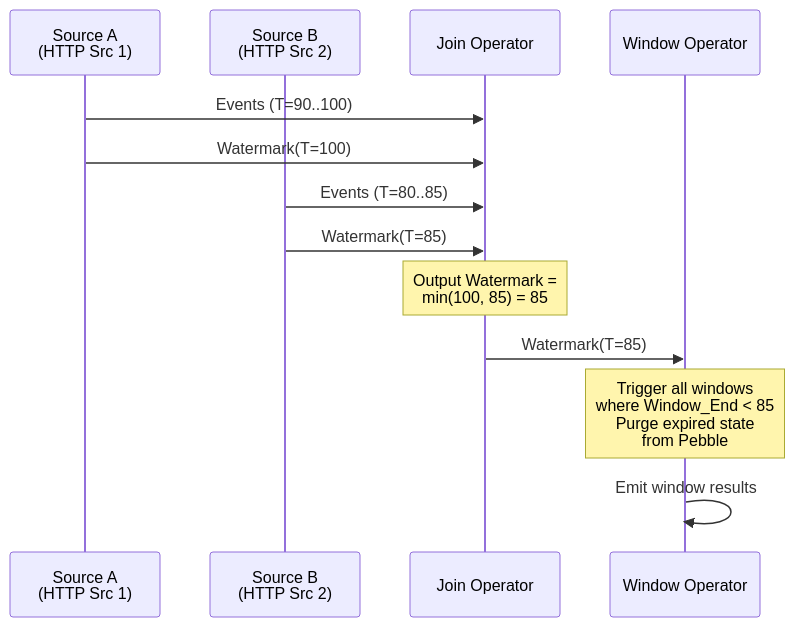
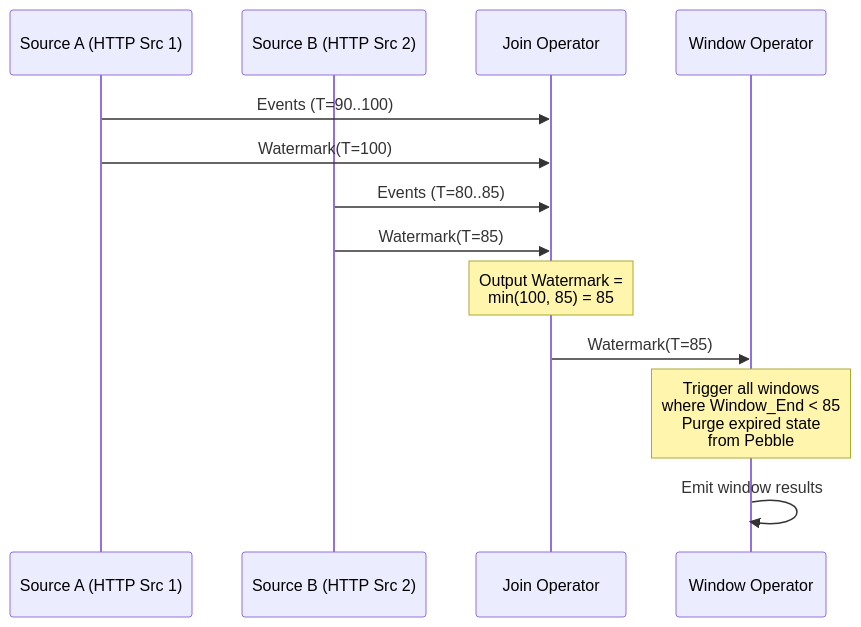
One commit to tarungka/wire changed the eighth of 12 diagrams in docs/diagrams.md. Above: the diagram before and after it, drawn with Mermaid. The commit also changed other lines of this file, not shown here.

Commit message:
fix: mermaid diagrams

````diff
--- a/docs/diagrams.md
+++ b/docs/diagrams.md
@@ -249,20 +249,20 @@
 ```mermaid
 sequenceDiagram
-    participant SA as Source A<br/>(HTTP Src 1)
-    participant SB as Source B<br/>(HTTP Src 2)
+    participant SA as Source A (HTTP Src 1)
+    participant SB as Source B (HTTP Src 2)
     participant J as Join Operator
     participant W as Window Operator
 
     SA->>J: Events (T=90..100)
     SA->>J: Watermark(T=100)
     SB->>J: Events (T=80..85)
     SB->>J: Watermark(T=85)
 
     Note over J: Output Watermark =<br/>min(100, 85) = 85
 
     J->>W: Watermark(T=85)
 
     Note over W: Trigger all windows<br/>where Window_End < 85<br/>Purge expired state<br/>from Pebble
 
     W->>W: Emit window results
 ```
````
